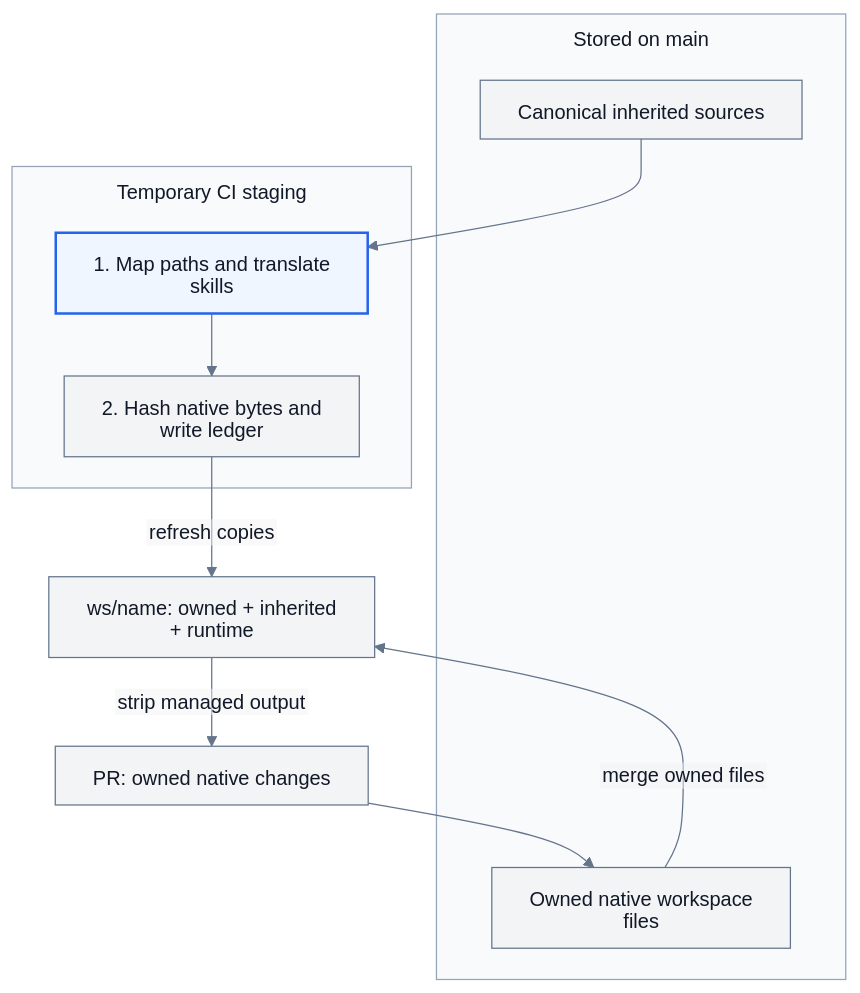
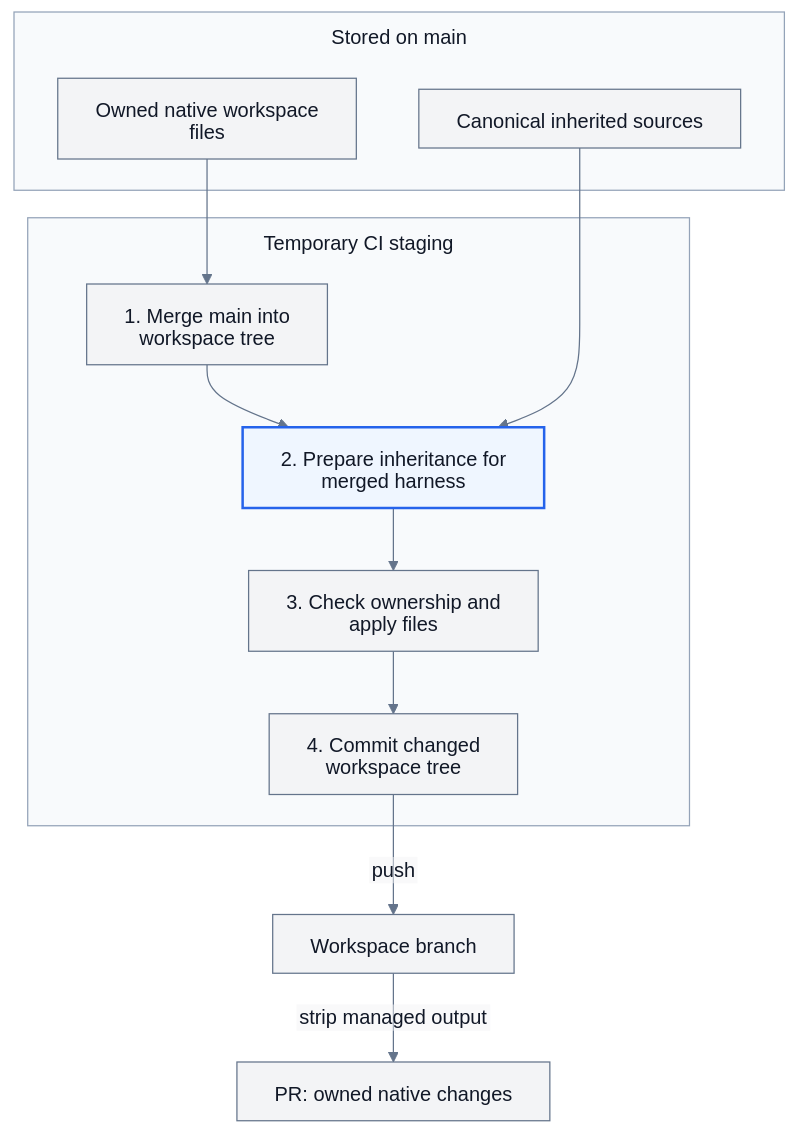
One commit to Northeastern-Electric-Racing/Delphi changed the diagram in docs/design.md. Above: the diagram before and after it, drawn with Mermaid. The commit also changed other lines of this file and 3 other files, not shown here.

Commit message:
Merge workspace changes before preparing native inheritance

````diff
--- a/docs/design.md
+++ b/docs/design.md
@@ -130,39 +129,40 @@
 ```mermaid
 ---
 config:
   theme: base
   htmlLabels: false
   fontSize: 16
   themeVariables:
     primaryColor: '#f3f4f6'
     primaryTextColor: '#111827'
     primaryBorderColor: '#64748b'
     nodeTextColor: '#111827'
     clusterBkg: '#f8fafc'
     clusterBorder: '#94a3b8'
     titleColor: '#111827'
     lineColor: '#64748b'
     edgeLabelBackground: '#f3f4f6'
   flowchart:
     htmlLabels: false
     subGraphTitleMargin:
       top: 10
       bottom: 18
 ---
 flowchart TD
     subgraph MAIN["Stored on main"]
         S["Canonical inherited sources"]
         O["Owned native workspace files"]
     end
     subgraph CI["Temporary CI staging"]
-        T["1. Map paths and translate skills"]
-        H["2. Hash native bytes and write ledger"]
-        T --> H
+        M["1. Merge main into workspace tree"]
+        T["2. Prepare inheritance for merged harness"]
+        H["3. Check ownership and apply files"]
+        C["4. Commit changed workspace tree"]
+        M --> T --> H --> C
     end
     S --> T
-    H -->|"refresh copies"| B["ws/name: owned + inherited + runtime"]
-    O -->|"merge owned files"| B
+    C -->|"push"| B["Workspace branch"]
+    O --> M
     B -->|"strip managed output"| P["PR: owned native changes"]
-    P --> O
     style T fill:#eff6ff,stroke:#2563eb,color:#111827,stroke-width:2px
 ```
````
